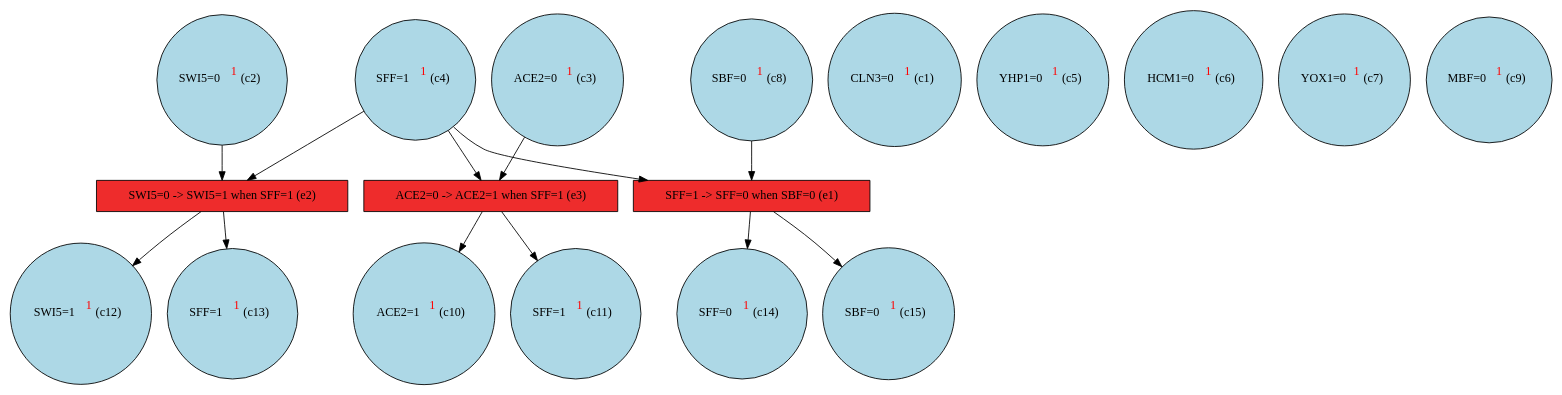
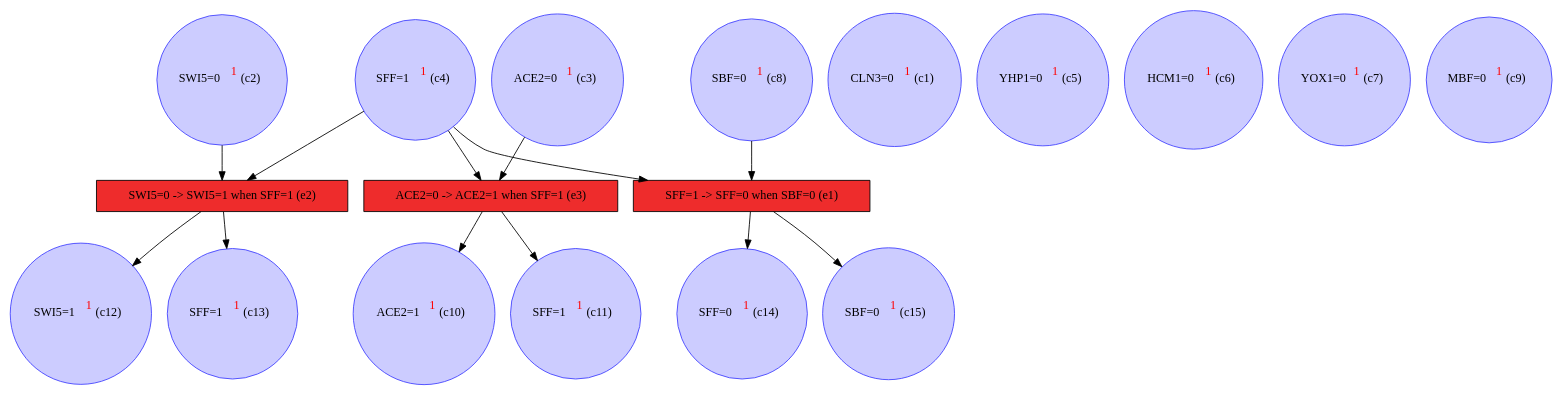
Before and after one commit to giannkas/ecofolder: the diagram in examples/gandalf2022_paper/budding_yeast/budding_yeast_unf.dot, drawn with Graphviz. The commit also changed 33 other files, not shown here.

```diff
--- a/examples/gandalf2022_paper/budding_yeast/budding_yeast_unf.dot
+++ b/examples/gandalf2022_paper/budding_yeast/budding_yeast_unf.dot
@@ -1,32 +1,32 @@
 digraph test {
   c2 -> e2;
   c3 -> e3;
   c4 -> e1;
   c4 -> e2;
   c4 -> e3;
   c8 -> e1;
   e3 -> c10;
   e3 -> c11;
   e2 -> c12;
   e2 -> c13;
   e1 -> c14;
   e1 -> c15;
-  c1 [fillcolor=lightblue label= <CLN3=0<FONT COLOR="red"><SUP>1</SUP></FONT>&nbsp;(c1)> shape=circle style=filled];
-  c2 [fillcolor=lightblue label= <SWI5=0<FONT COLOR="red"><SUP>1</SUP></FONT>&nbsp;(c2)> shape=circle style=filled];
-  c3 [fillcolor=lightblue label= <ACE2=0<FONT COLOR="red"><SUP>1</SUP></FONT>&nbsp;(c3)> shape=circle style=filled];
-  c4 [fillcolor=lightblue label= <SFF=1<FONT COLOR="red"><SUP>1</SUP></FONT>&nbsp;(c4)> shape=circle style=filled];
-  c5 [fillcolor=lightblue label= <YHP1=0<FONT COLOR="red"><SUP>1</SUP></FONT>&nbsp;(c5)> shape=circle style=filled];
-  c6 [fillcolor=lightblue label= <HCM1=0<FONT COLOR="red"><SUP>1</SUP></FONT>&nbsp;(c6)> shape=circle style=filled];
-  c7 [fillcolor=lightblue label= <YOX1=0<FONT COLOR="red"><SUP>1</SUP></FONT>&nbsp;(c7)> shape=circle style=filled];
-  c8 [fillcolor=lightblue label= <SBF=0<FONT COLOR="red"><SUP>1</SUP></FONT>&nbsp;(c8)> shape=circle style=filled];
-  c9 [fillcolor=lightblue label= <MBF=0<FONT COLOR="red"><SUP>1</SUP></FONT>&nbsp;(c9)> shape=circle style=filled];
-  c10 [fillcolor=lightblue label= <ACE2=1<FONT COLOR="red"><SUP>1</SUP></FONT>&nbsp;(c10)> shape=circle style=filled];
-  c11 [fillcolor=lightblue label= <SFF=1<FONT COLOR="red"><SUP>1</SUP></FONT>&nbsp;(c11)> shape=circle style=filled];
-  c12 [fillcolor=lightblue label= <SWI5=1<FONT COLOR="red"><SUP>1</SUP></FONT>&nbsp;(c12)> shape=circle style=filled];
-  c13 [fillcolor=lightblue label= <SFF=1<FONT COLOR="red"><SUP>1</SUP></FONT>&nbsp;(c13)> shape=circle style=filled];
-  c14 [fillcolor=lightblue label= <SFF=0<FONT COLOR="red"><SUP>1</SUP></FONT>&nbsp;(c14)> shape=circle style=filled];
-  c15 [fillcolor=lightblue label= <SBF=0<FONT COLOR="red"><SUP>1</SUP></FONT>&nbsp;(c15)> shape=circle style=filled];
+  c1 [color="#4040ff" fillcolor="#ccccff" label= <CLN3=0<FONT COLOR="red"><SUP>1</SUP></FONT>&nbsp;(c1)> shape=circle style=filled];
+  c2 [color="#4040ff" fillcolor="#ccccff" label= <SWI5=0<FONT COLOR="red"><SUP>1</SUP></FONT>&nbsp;(c2)> shape=circle style=filled];
+  c3 [color="#4040ff" fillcolor="#ccccff" label= <ACE2=0<FONT COLOR="red"><SUP>1</SUP></FONT>&nbsp;(c3)> shape=circle style=filled];
+  c4 [color="#4040ff" fillcolor="#ccccff" label= <SFF=1<FONT COLOR="red"><SUP>1</SUP></FONT>&nbsp;(c4)> shape=circle style=filled];
+  c5 [color="#4040ff" fillcolor="#ccccff" label= <YHP1=0<FONT COLOR="red"><SUP>1</SUP></FONT>&nbsp;(c5)> shape=circle style=filled];
+  c6 [color="#4040ff" fillcolor="#ccccff" label= <HCM1=0<FONT COLOR="red"><SUP>1</SUP></FONT>&nbsp;(c6)> shape=circle style=filled];
+  c7 [color="#4040ff" fillcolor="#ccccff" label= <YOX1=0<FONT COLOR="red"><SUP>1</SUP></FONT>&nbsp;(c7)> shape=circle style=filled];
+  c8 [color="#4040ff" fillcolor="#ccccff" label= <SBF=0<FONT COLOR="red"><SUP>1</SUP></FONT>&nbsp;(c8)> shape=circle style=filled];
+  c9 [color="#4040ff" fillcolor="#ccccff" label= <MBF=0<FONT COLOR="red"><SUP>1</SUP></FONT>&nbsp;(c9)> shape=circle style=filled];
+  c10 [color="#4040ff" fillcolor="#ccccff" label= <ACE2=1<FONT COLOR="red"><SUP>1</SUP></FONT>&nbsp;(c10)> shape=circle style=filled];
+  c11 [color="#4040ff" fillcolor="#ccccff" label= <SFF=1<FONT COLOR="red"><SUP>1</SUP></FONT>&nbsp;(c11)> shape=circle style=filled];
+  c12 [color="#4040ff" fillcolor="#ccccff" label= <SWI5=1<FONT COLOR="red"><SUP>1</SUP></FONT>&nbsp;(c12)> shape=circle style=filled];
+  c13 [color="#4040ff" fillcolor="#ccccff" label= <SFF=1<FONT COLOR="red"><SUP>1</SUP></FONT>&nbsp;(c13)> shape=circle style=filled];
+  c14 [color="#4040ff" fillcolor="#ccccff" label= <SFF=0<FONT COLOR="red"><SUP>1</SUP></FONT>&nbsp;(c14)> shape=circle style=filled];
+  c15 [color="#4040ff" fillcolor="#ccccff" label= <SBF=0<FONT COLOR="red"><SUP>1</SUP></FONT>&nbsp;(c15)> shape=circle style=filled];
   e1 [color=black fillcolor=firebrick2 label="SFF=1 -> SFF=0 when SBF=0 (e1)" shape=box style=filled];
   e2 [color=black fillcolor=firebrick2 label="SWI5=0 -> SWI5=1 when SFF=1 (e2)" shape=box style=filled];
   e3 [color=black fillcolor=firebrick2 label="ACE2=0 -> ACE2=1 when SFF=1 (e3)" shape=box style=filled];
 }
```
